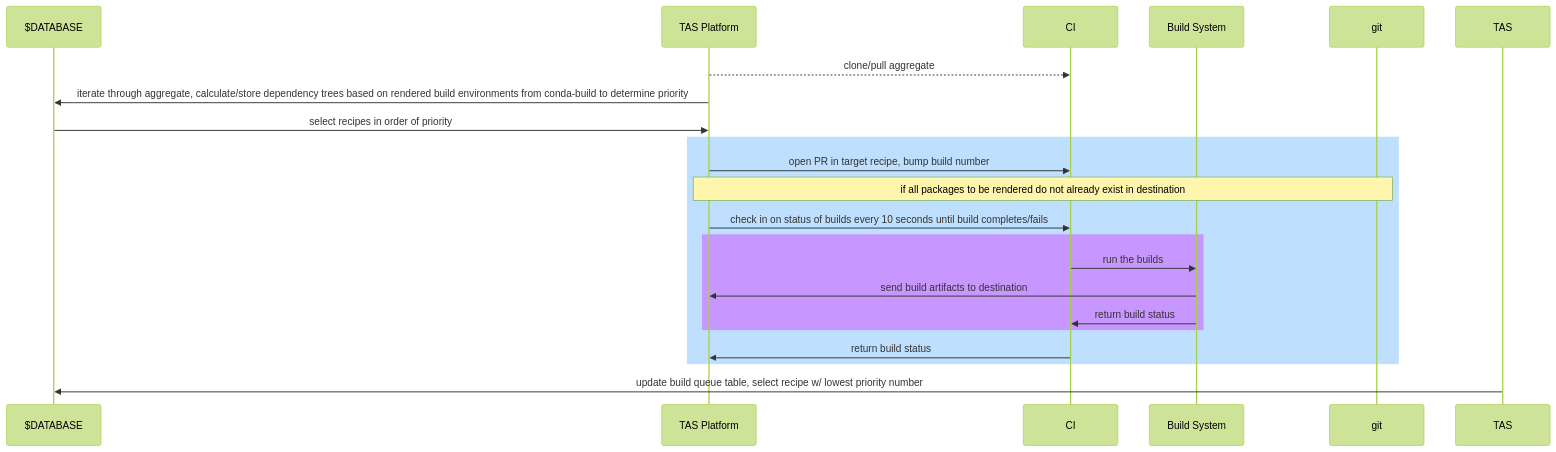
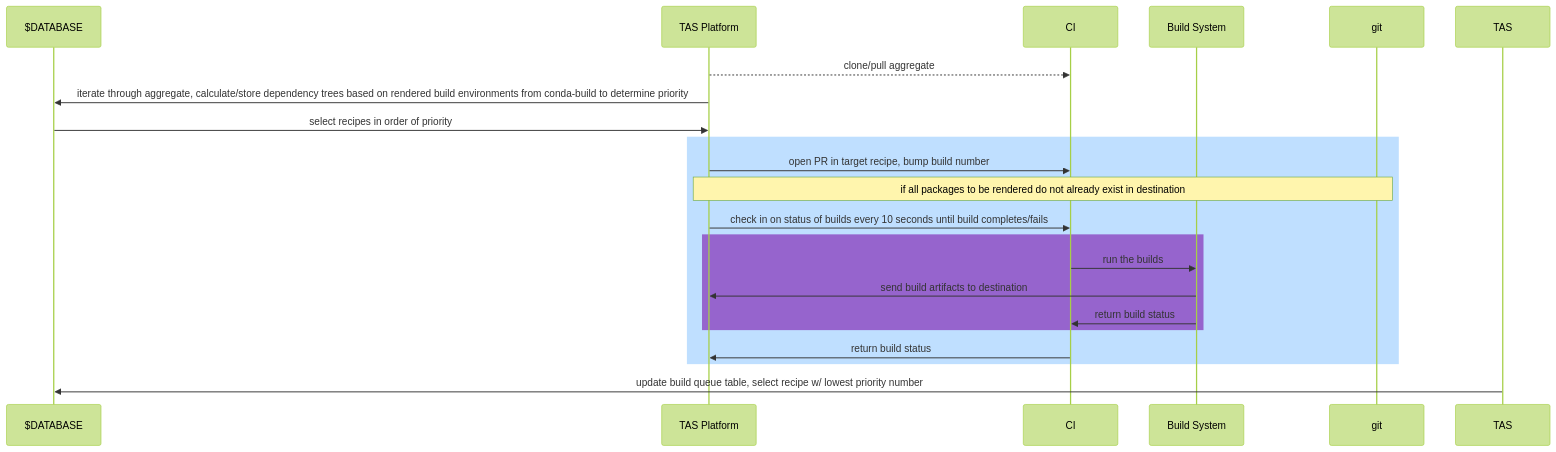
One commit to mxava/tas-platform changed the diagram in docs/architecture.md. Above: the diagram before and after it, drawn with Mermaid (forest theme).

````diff
--- a/docs/architecture.md
+++ b/docs/architecture.md
@@ -3,22 +3,22 @@
 ```mermaid
 sequenceDiagram
     participant $DATABASE
     participant TAS Platform
     participant CI
     participant Build System
     TAS Platform-->>CI: clone/pull aggregate
     TAS Platform->>$DATABASE: iterate through aggregate, calculate/store dependency trees based on rendered build environments from conda-build to determine priority
     $DATABASE->>TAS Platform: select recipes in order of priority
     rect rgb(191, 223, 255)
     TAS Platform->>CI: open PR in target recipe, bump build number
     Note over TAS Platform,git: if all packages to be rendered do not already exist in destination
     TAS Platform->>CI: check in on status of builds every 10 seconds until build completes/fails
-    rect rgb(200, 150, 255)
+    rect rgb(150, 100, 205)
     CI->>Build System: run the builds
     Build System->>TAS Platform: send build artifacts to destination
     Build System->>CI: return build status
     end
     CI->>TAS Platform: return build status
     end
     TAS->>$DATABASE: update build queue table, select recipe w/ lowest priority number    
 ```
````
